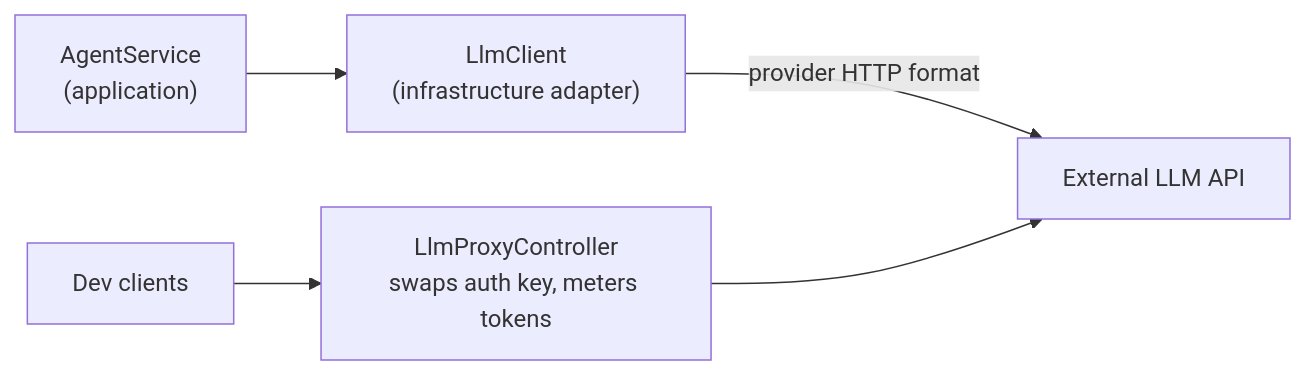
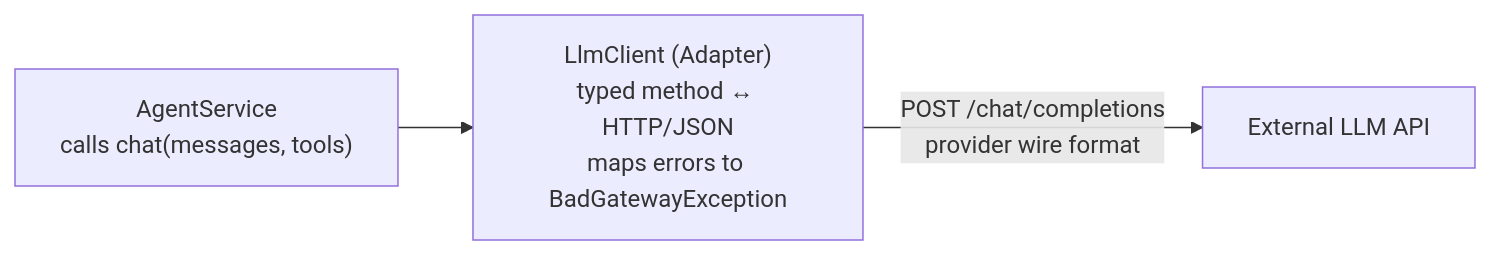
One commit to SakuLabs/saku-backend changed the eighth of 16 diagrams in docs/ARCHITECTURE.md. Above: the diagram before and after it, drawn with Mermaid. The commit also changed other lines of this file, not shown here.

First line of the commit message:
docs: split Adapter/Facade into Adapter and Proxy patterns

````diff
--- a/docs/ARCHITECTURE.md
+++ b/docs/ARCHITECTURE.md
@@ -255,7 +256,5 @@
 ```mermaid
 flowchart LR
-    AS["AgentService<br/>(application)"] --> LC["LlmClient<br/>(infrastructure adapter)"]
-    LC -->|"provider HTTP format"| EXT["External LLM API"]
-    DEVC["Dev clients"] --> PX["LlmProxyController<br/>swaps auth key, meters tokens"]
-    PX --> EXT
+    AS["AgentService<br/>calls chat(messages, tools)"] --> LC["LlmClient (Adapter)<br/>typed method ↔ HTTP/JSON<br/>maps errors to BadGatewayException"]
+    LC -->|"POST /chat/completions<br/>provider wire format"| EXT["External LLM API"]
 ```
````
